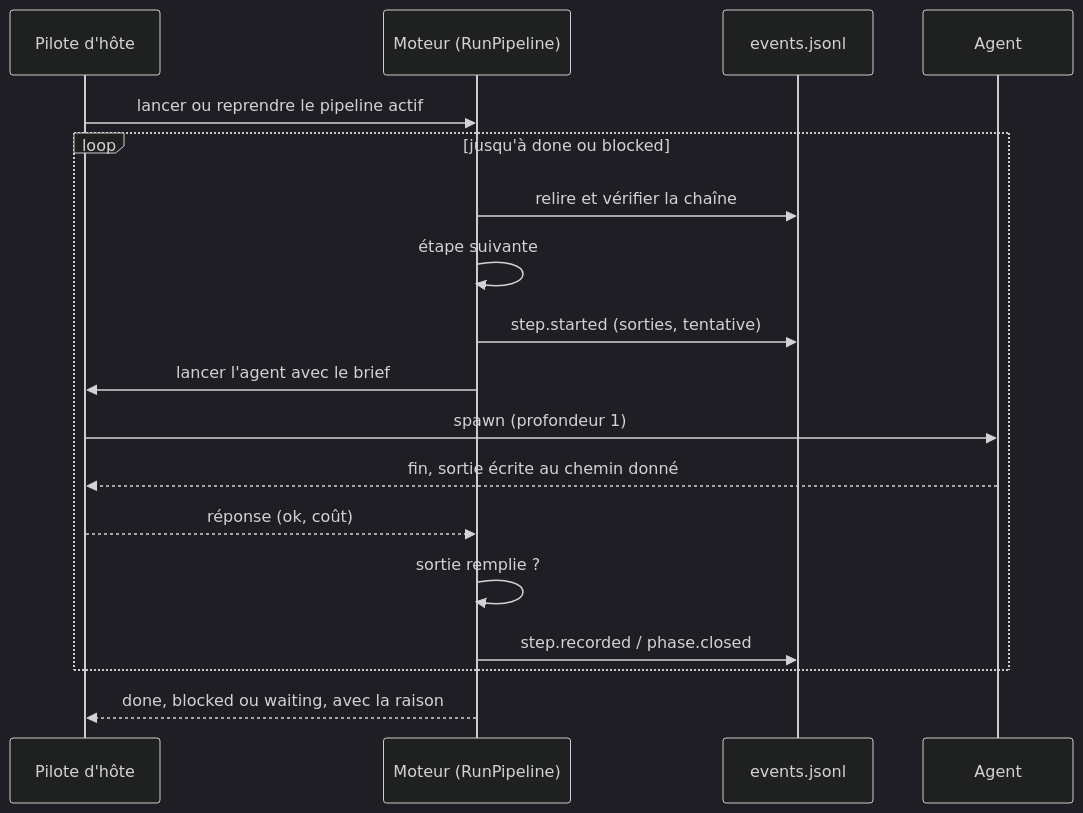
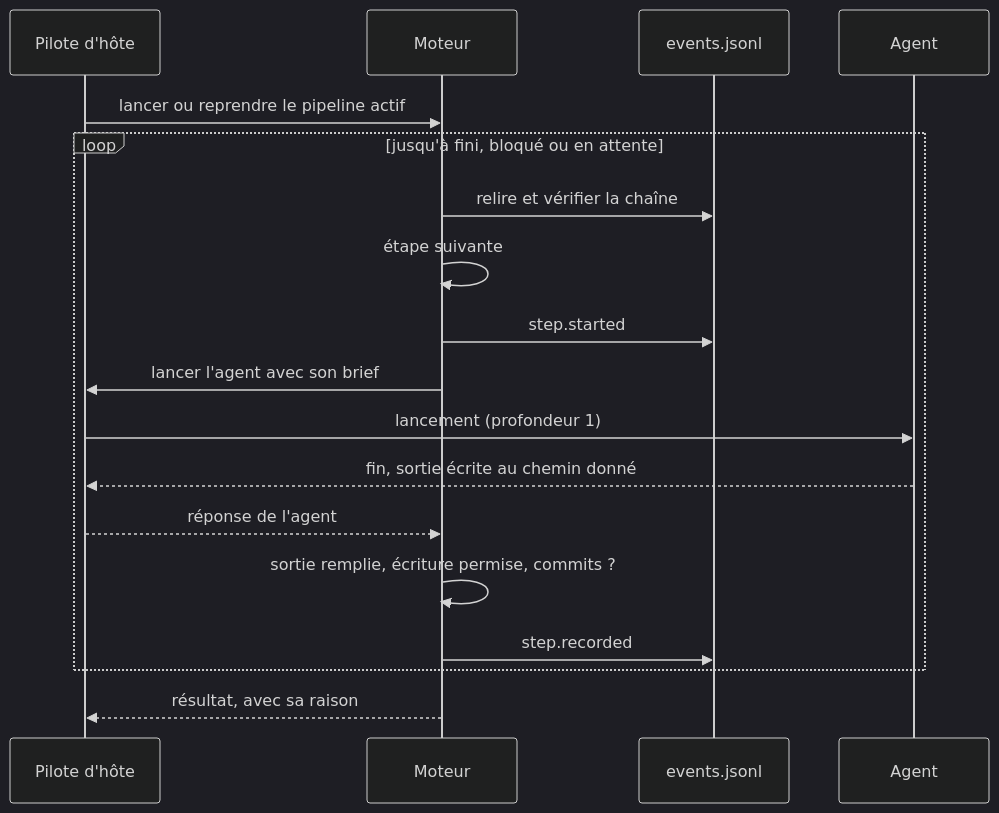
The second of 2 diagrams in docs/site/fr/explanation/architecture.md (SebastienDegodez/skraft-plugin), drawn with Mermaid (dark theme) before and after one commit. The commit also changed other lines of this file and 186 other files, not shown here.

````diff
--- a/docs/site/fr/explanation/architecture.md
+++ b/docs/site/fr/explanation/architecture.md
@@ -103,20 +112,20 @@
 ```mermaid
 sequenceDiagram
     participant P as Pilote d'hôte
-    participant M as Moteur (RunPipeline)
+    participant M as Moteur
     participant J as events.jsonl
     participant A as Agent
     P->>M: lancer ou reprendre le pipeline actif
-    loop jusqu'à done ou blocked
+    loop jusqu'à fini, bloqué ou en attente
         M->>J: relire et vérifier la chaîne
         M->>M: étape suivante
-        M->>J: step.started (sorties, tentative)
-        M->>P: lancer l'agent avec le brief
-        P->>A: spawn (profondeur 1)
+        M->>J: step.started
+        M->>P: lancer l'agent avec son brief
+        P->>A: lancement (profondeur 1)
         A-->>P: fin, sortie écrite au chemin donné
-        P-->>M: réponse (ok, coût)
-        M->>M: sortie remplie ?
-        M->>J: step.recorded / phase.closed
+        P-->>M: réponse de l'agent
+        M->>M: sortie remplie, écriture permise, commits ?
+        M->>J: step.recorded
     end
-    M-->>P: done, blocked ou waiting, avec la raison
+    M-->>P: résultat, avec sa raison
 ```
````
